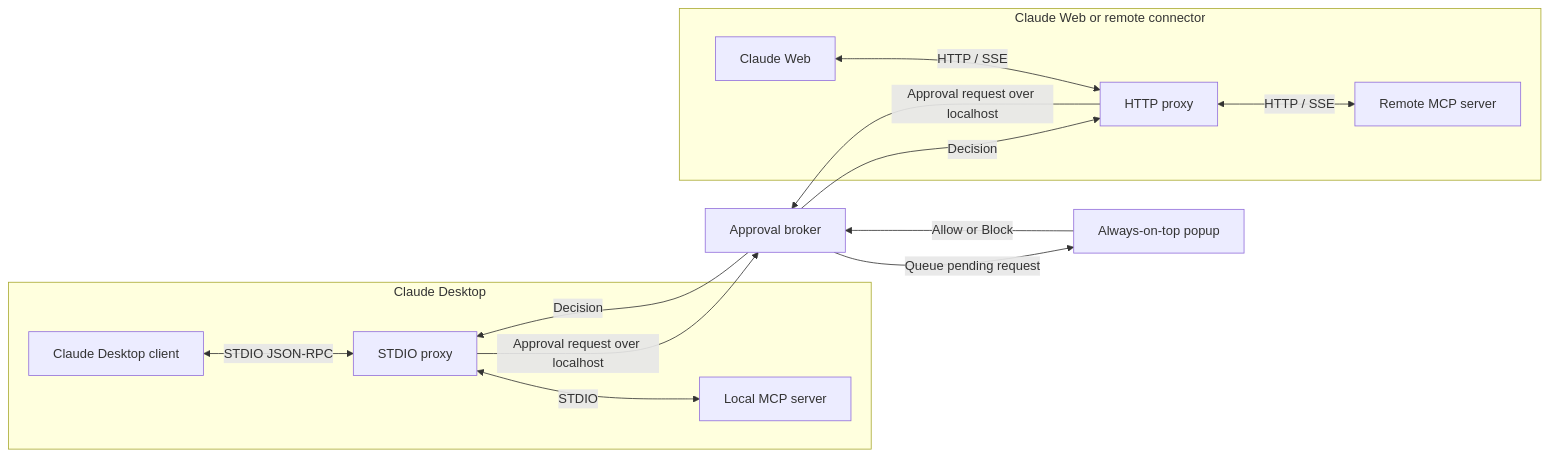
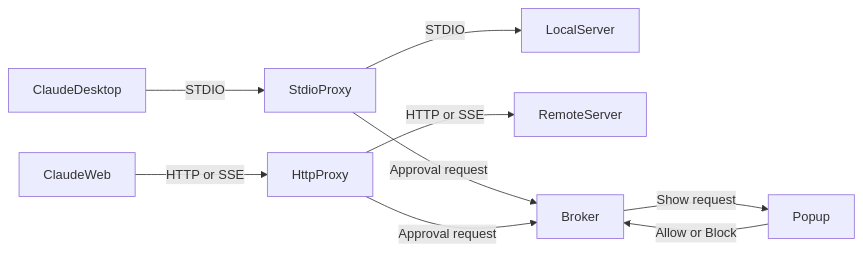
Before and after one commit to uma-pareek/mcp-gatekeeper: the diagram in ARCHITECTURE.md, drawn with Mermaid.

Commit message:
docs: simplify Mermaid architecture diagram

````diff
--- a/ARCHITECTURE.md
+++ b/ARCHITECTURE.md
@@ -18,23 +18,11 @@
 ```mermaid
 flowchart LR
-    subgraph Desktop[Claude Desktop]
-        CD[Claude Desktop client]
-        LP[Local MCP server]
-        CD <-->|STDIO JSON-RPC| SP[STDIO proxy]
-        SP <-->|STDIO| LP
-    end
-
-    subgraph Remote[Claude Web or remote connector]
-        CW[Claude Web]
-        RP[Remote MCP server]
-        CW <-->|HTTP / SSE| HP[HTTP proxy]
-        HP <-->|HTTP / SSE| RP
-    end
-
-    SP -->|Approval request over localhost| Broker[Approval broker]
-    HP -->|Approval request over localhost| Broker
-    Broker -->|Queue pending request| UI[Always-on-top popup]
-    UI -->|Allow or Block| Broker
-    Broker -->|Decision| SP
-    Broker -->|Decision| HP
+    ClaudeDesktop -->|STDIO| StdioProxy
+    StdioProxy -->|STDIO| LocalServer
+    ClaudeWeb -->|HTTP or SSE| HttpProxy
+    HttpProxy -->|HTTP or SSE| RemoteServer
+    StdioProxy -->|Approval request| Broker
+    HttpProxy -->|Approval request| Broker
+    Broker -->|Show request| Popup
+    Popup -->|Allow or Block| Broker
 ```
````
